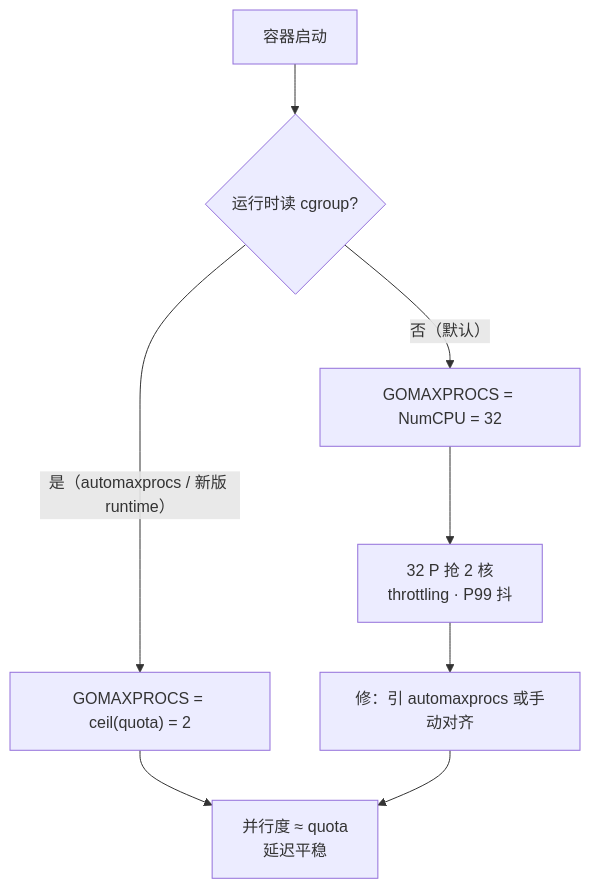
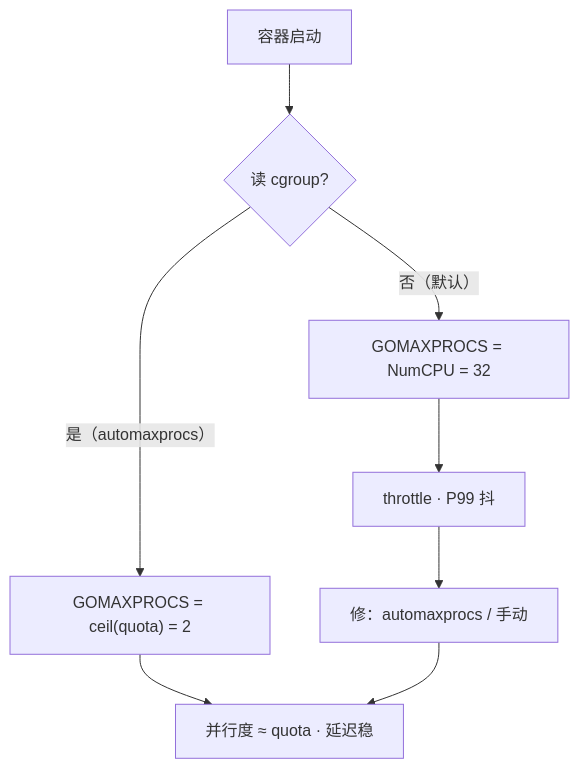
The fourth of 6 diagrams in 05-开发能力/03-Go/12-GOMAXPROCS与容器cgroup/知识点.md (ml-cuizijun/LearnToLilith), drawn with Mermaid before and after one commit. The commit also changed other lines of this file and 178 other files, not shown here.

````diff
--- a/05-开发能力/03-Go/12-GOMAXPROCS与容器cgroup/知识点.md
+++ b/05-开发能力/03-Go/12-GOMAXPROCS与容器cgroup/知识点.md
@@ -280,10 +294,10 @@
 ```mermaid
 flowchart TB
-    A["容器启动"] --> B{"运行时读 cgroup?"}
+    A["容器启动"] --> B{"读 cgroup?"}
     B -->|"否（默认）"| C["GOMAXPROCS = NumCPU = 32"]
-    B -->|"是（automaxprocs / 新版 runtime）"| D["GOMAXPROCS = ceil(quota) = 2"]
-    C --> E["32 P 抢 2 核<br/>throttling · P99 抖"]
-    D --> F["并行度 ≈ quota<br/>延迟平稳"]
-    E --> G["修：引 automaxprocs 或手动对齐"]
+    B -->|"是（automaxprocs）"| D["GOMAXPROCS = ceil(quota) = 2"]
+    C --> E["throttle · P99 抖"]
+    D --> F["并行度 ≈ quota · 延迟稳"]
+    E --> G["修：automaxprocs / 手动"]
     G --> F
 ```
````
